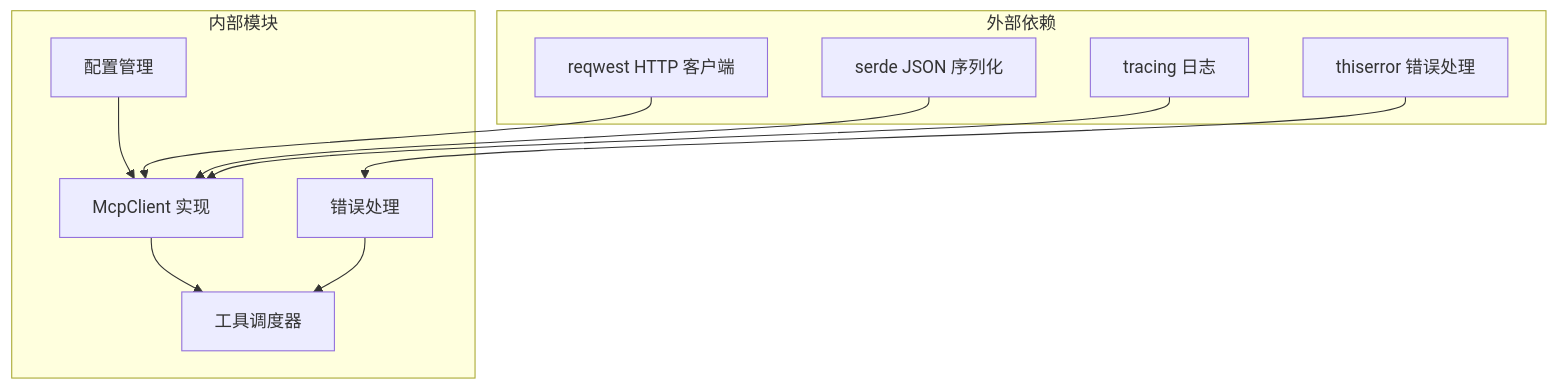
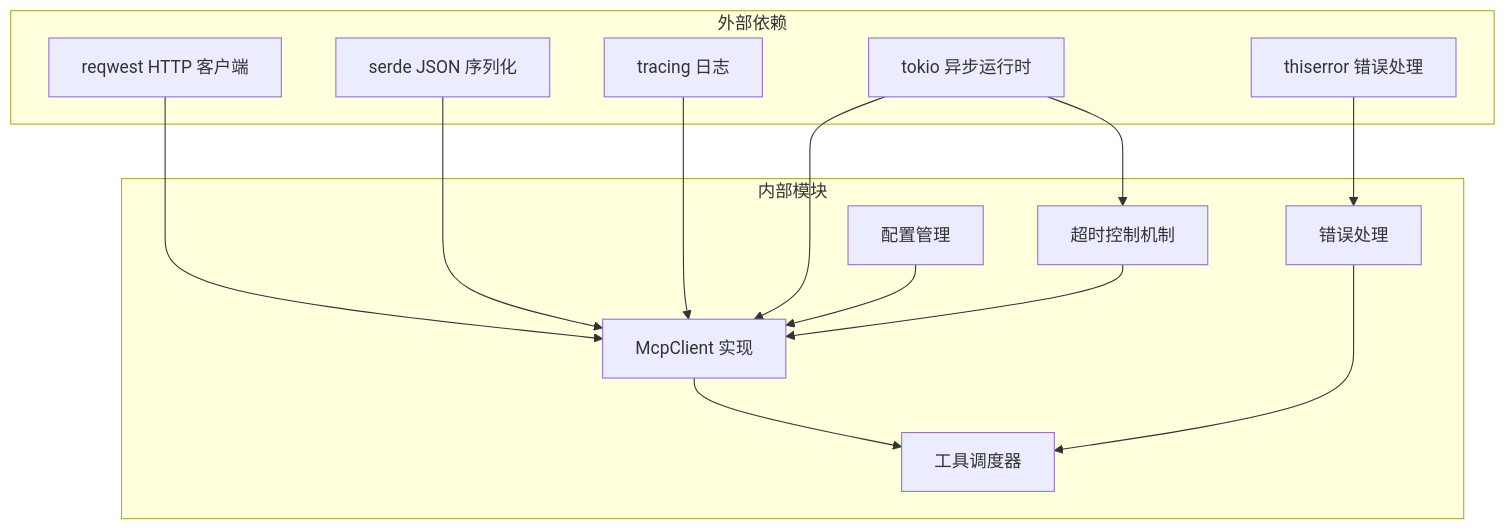
One commit to baike08/cosurf changed diagram 13 of 13 in .qoder/repowiki/zh/content/MCP 协议集成/MCP 客户端实现.md. Above: the diagram before and after it, drawn with Mermaid. The commit also changed other lines of this file and 23 other files, not shown here.

````diff
--- a/.qoder/repowiki/zh/content/MCP 协议集成/MCP 客户端实现.md
+++ b/.qoder/repowiki/zh/content/MCP 协议集成/MCP 客户端实现.md
@@ -350,22 +546,27 @@
 ```mermaid
 graph TB
 subgraph "外部依赖"
 D1[reqwest HTTP 客户端]
 D2[serde JSON 序列化]
 D3[tracing 日志]
 D4[thiserror 错误处理]
+D5[tokio 异步运行时]
 end
 subgraph "内部模块"
 M1[McpClient 实现]
 M2[错误处理]
 M3[工具调度器]
 M4[配置管理]
+M5[超时控制机制]
 end
 D1 --> M1
 D2 --> M1
 D3 --> M1
 D4 --> M2
+D5 --> M1
+D5 --> M5
 M1 --> M3
 M2 --> M3
 M4 --> M1
+M5 --> M1
 ```
````
